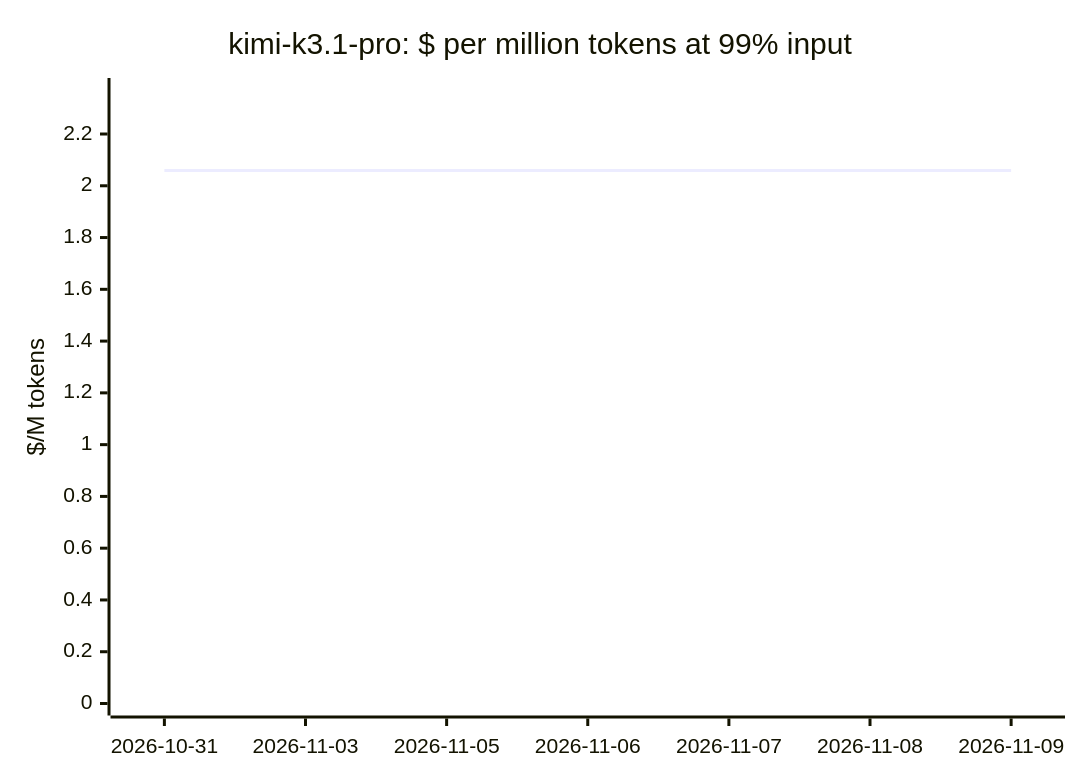
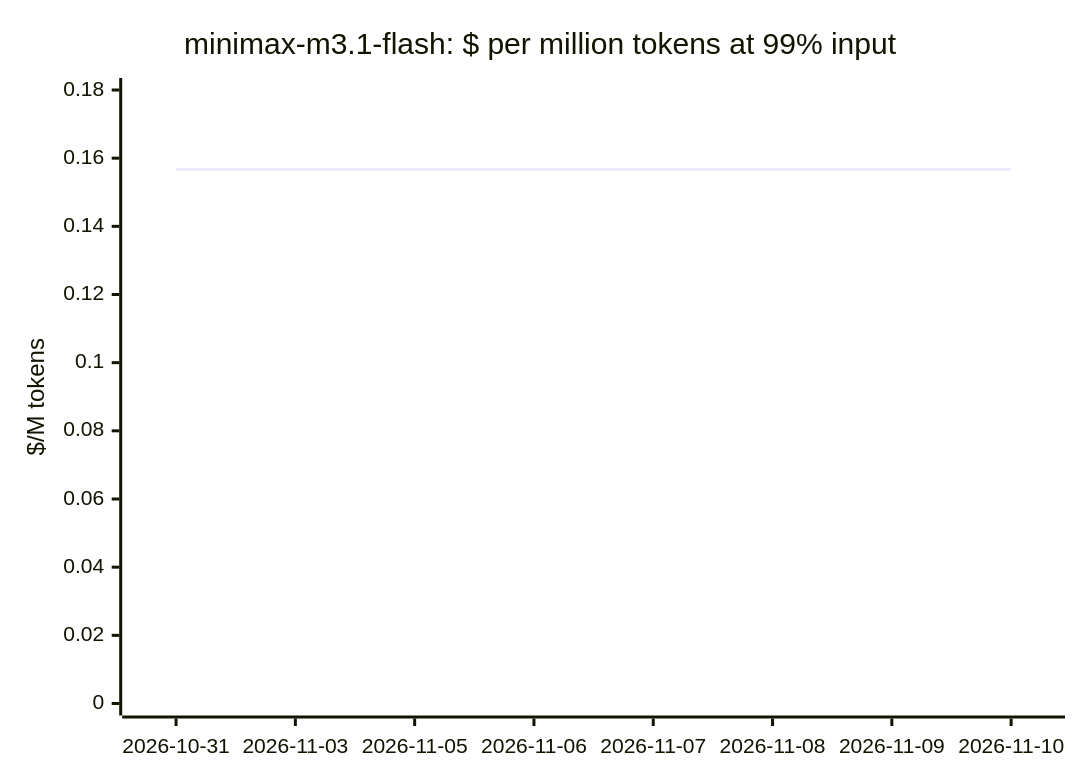
Before and after one commit to cklukas/OMEGA_TRANSFORM: diagram 11 of 19 in docs/openrouter-models.md, drawn with Mermaid. The commit also changed other lines of this file and 49 other files, not shown here.

````diff
--- a/docs/openrouter-models.md
+++ b/docs/openrouter-models.md
@@ -232,7 +228,7 @@
 ```mermaid
 xychart-beta
-    title "kimi-k3.1-pro: $ per million tokens at 99% input"
-    x-axis ["2026-10-31", "2026-11-03", "2026-11-05", "2026-11-06", "2026-11-07", "2026-11-08", "2026-11-09"]
-    y-axis "$/M tokens" 0 --> 2.37
-    line [2.059, 2.059, 2.059, 2.059, 2.059, 2.059, 2.059]
+    title "minimax-m3.1-flash: $ per million tokens at 99% input"
+    x-axis ["2026-10-31", "2026-11-03", "2026-11-05", "2026-11-06", "2026-11-07", "2026-11-08", "2026-11-09", "2026-11-10"]
+    y-axis "$/M tokens" 0 --> 0.18
+    line [0.1567, 0.1567, 0.1567, 0.1567, 0.1567, 0.1567, 0.1567, 0.1567]
 ```
````
